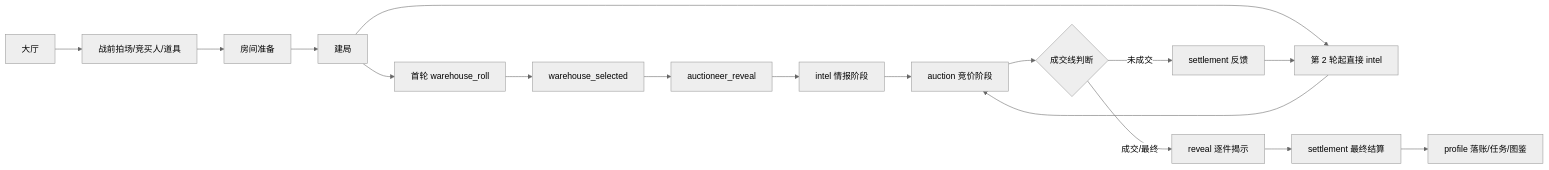
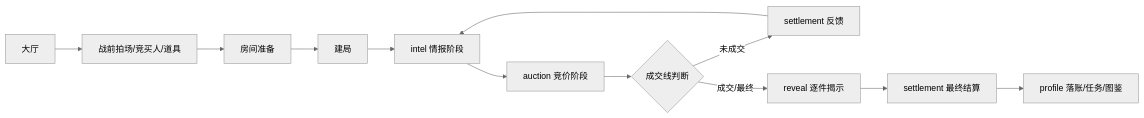
Before and after one commit to angelash/bidkingdom: the diagram in doc/BidKingdom当前实现策划归档/20260526_BidKingdom策划归档_01_核心玩法与局内流程.md, drawn with Mermaid (neutral theme). The commit also changed other lines of this file and 118 other files, not shown here.

````diff
--- a/doc/BidKingdom当前实现策划归档/20260526_BidKingdom策划归档_01_核心玩法与局内流程.md
+++ b/doc/BidKingdom当前实现策划归档/20260526_BidKingdom策划归档_01_核心玩法与局内流程.md
@@ -21,19 +21,14 @@
 ```mermaid
 flowchart LR
   A["大厅"] --> B["战前拍场/竞买人/道具"]
   B --> C["房间准备"]
   C --> D["建局"]
-  D --> E["首轮 warehouse_roll"]
-  E --> F["warehouse_selected"]
-  F --> G["auctioneer_reveal"]
-  G --> H["intel 情报阶段"]
-  D --> H2["第 2 轮起直接 intel"]
+  D --> H["intel 情报阶段"]
   H --> I["auction 竞价阶段"]
-  H2 --> I
   I --> J{"成交线判断"}
   J -->|未成交| K["settlement 反馈"]
-  K --> H2
+  K --> H
   J -->|成交/最终| L["reveal 逐件揭示"]
   L --> M["settlement 最终结算"]
   M --> N["profile 落账/任务/图鉴"]
 ```
````
